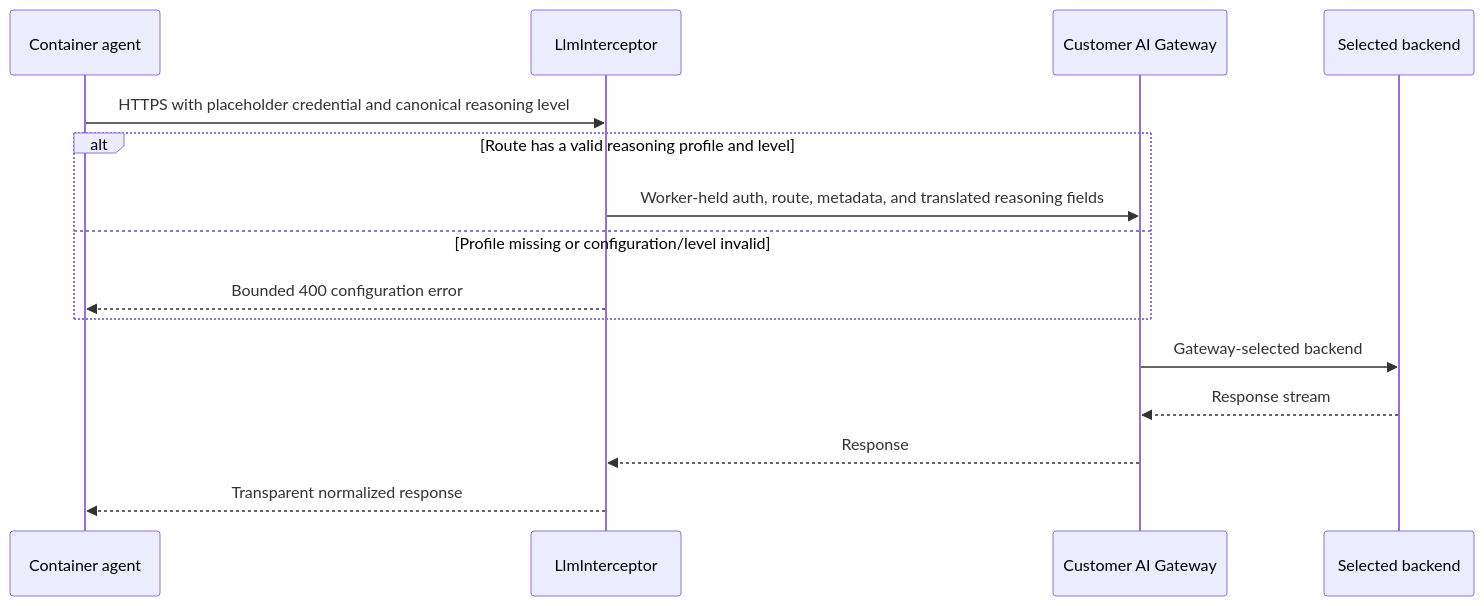
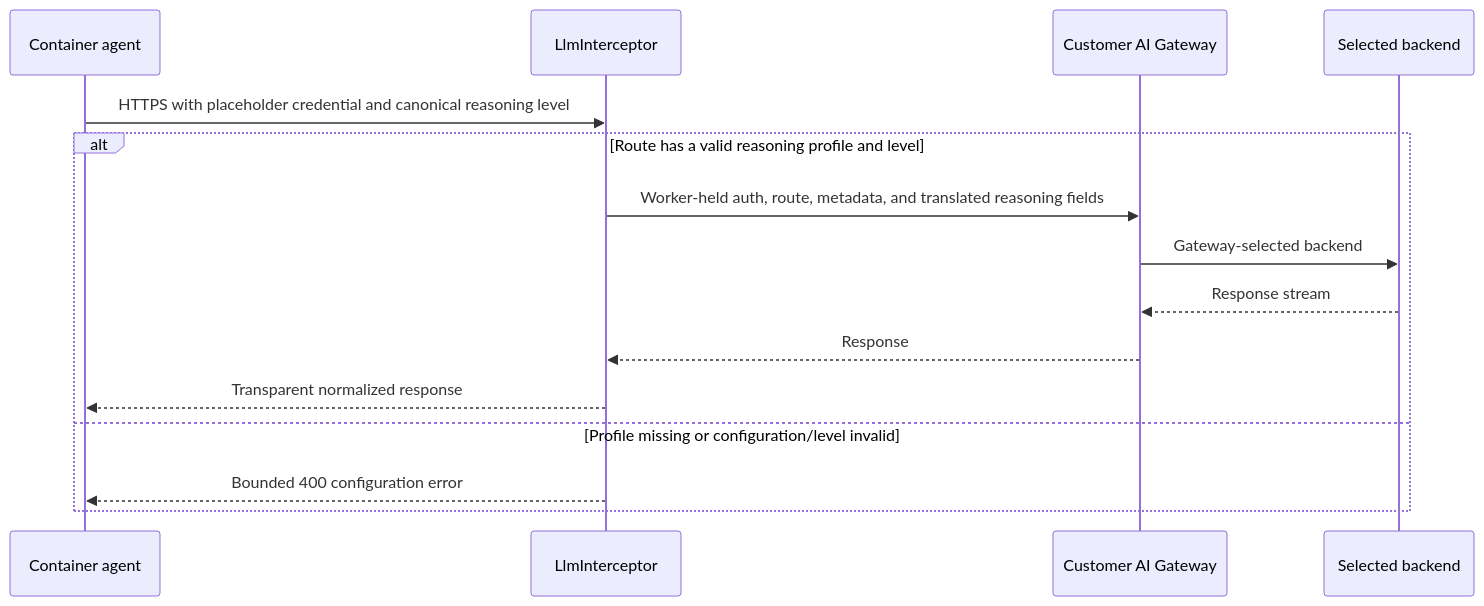
The eighth of 10 diagrams in documentation/lanes/architecture.md (nikolanovoselec/codeflare), drawn with Mermaid before and after one commit. The commit also changed other lines of this file and 4 other files, not shown here.

````diff
--- a/documentation/lanes/architecture.md
+++ b/documentation/lanes/architecture.md
@@ -583,17 +583,17 @@
 ```mermaid
 sequenceDiagram
     participant C as Container agent
     participant I as LlmInterceptor
     participant G as Customer AI Gateway
     participant P as Selected backend
     C->>I: HTTPS with placeholder credential and canonical reasoning level
     alt Route has a valid reasoning profile and level
         I->>G: Worker-held auth, route, metadata, and translated reasoning fields
+        G->>P: Gateway-selected backend
+        P-->>G: Response stream
+        G-->>I: Response
+        I-->>C: Transparent normalized response
     else Profile missing or configuration/level invalid
         I-->>C: Bounded 400 configuration error
     end
-    G->>P: Gateway-selected backend
-    P-->>G: Response stream
-    G-->>I: Response
-    I-->>C: Transparent normalized response
 ```
````
